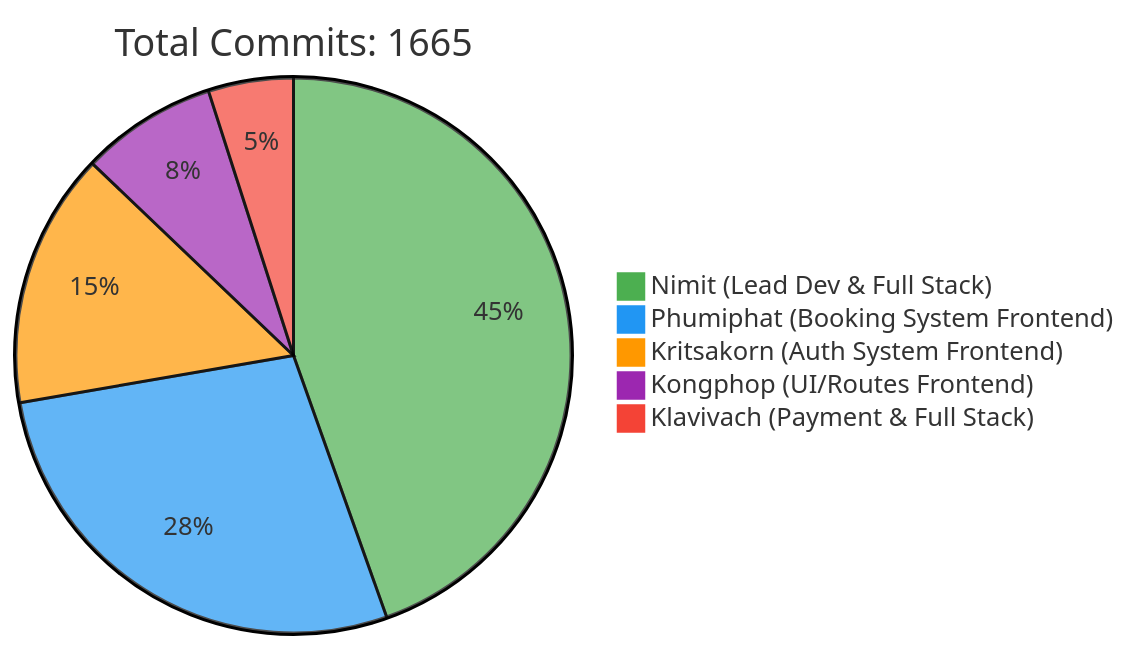
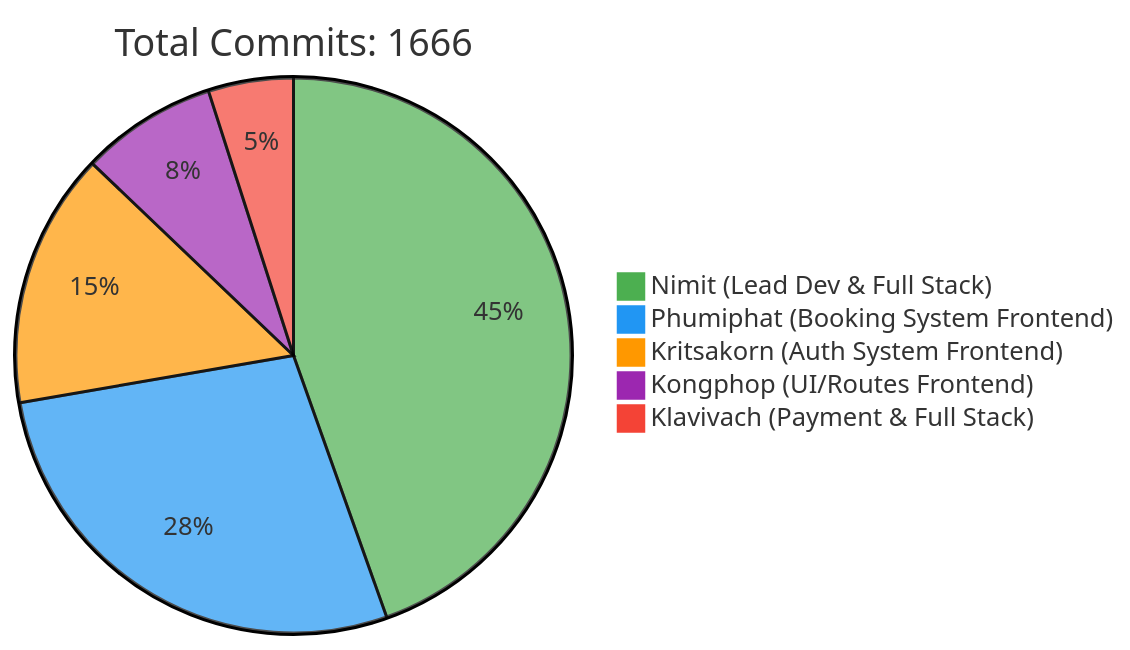
One commit to 6531503042/Sport-Complex changed the first of 2 diagrams in README.md. Above: the diagram before and after it, drawn with Mermaid. The commit also changed other lines of this file, not shown here.

Commit message:
docs: Update contributor statistics [skip ci]

````diff
--- a/README.md
+++ b/README.md
@@ -257,10 +257,10 @@
 ```mermaid
 %%{init: {'theme': 'base', 'themeVariables': { 'pie1': '#4CAF50', 'pie2': '#2196F3', 'pie3': '#FF9800', 'pie4': '#9C27B0', 'pie5': '#F44336'}}}%%
 pie
-    title Total Commits: 1665
+    title Total Commits: 1666
     "Nimit (Lead Dev & Full Stack)" : 450
     "Phumiphat (Booking System Frontend)" : 280
     "Kritsakorn (Auth System Frontend)" : 150
     "Kongphop (UI/Routes Frontend)" : 80
     "Klavivach (Payment & Full Stack)" : 50
 ```
````
